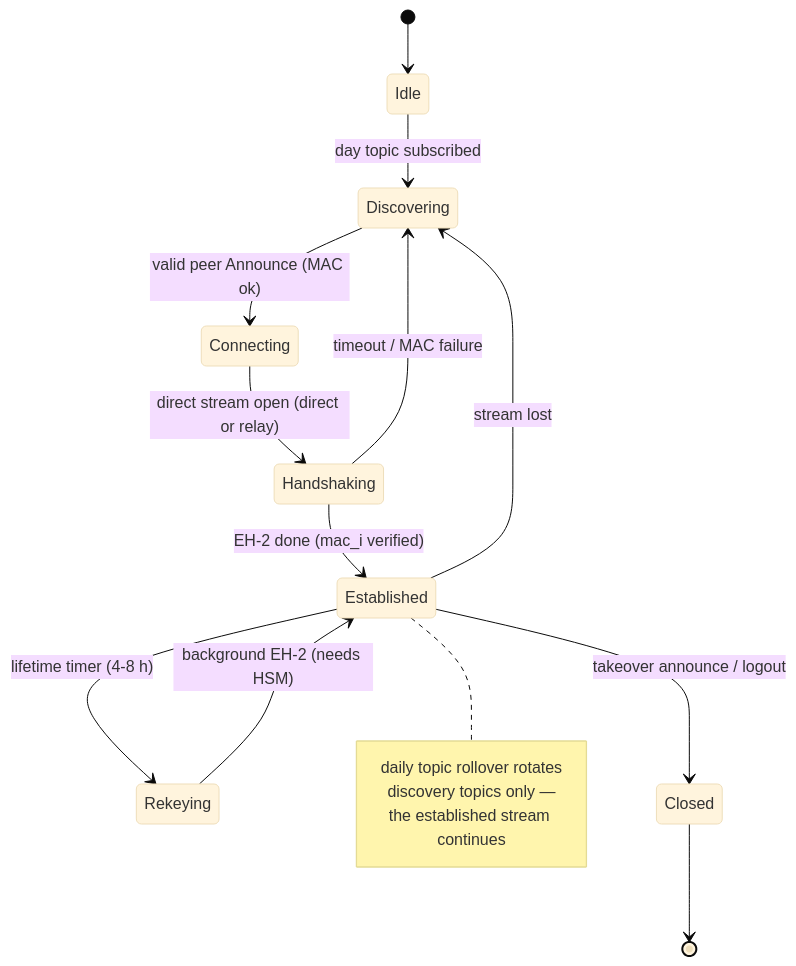
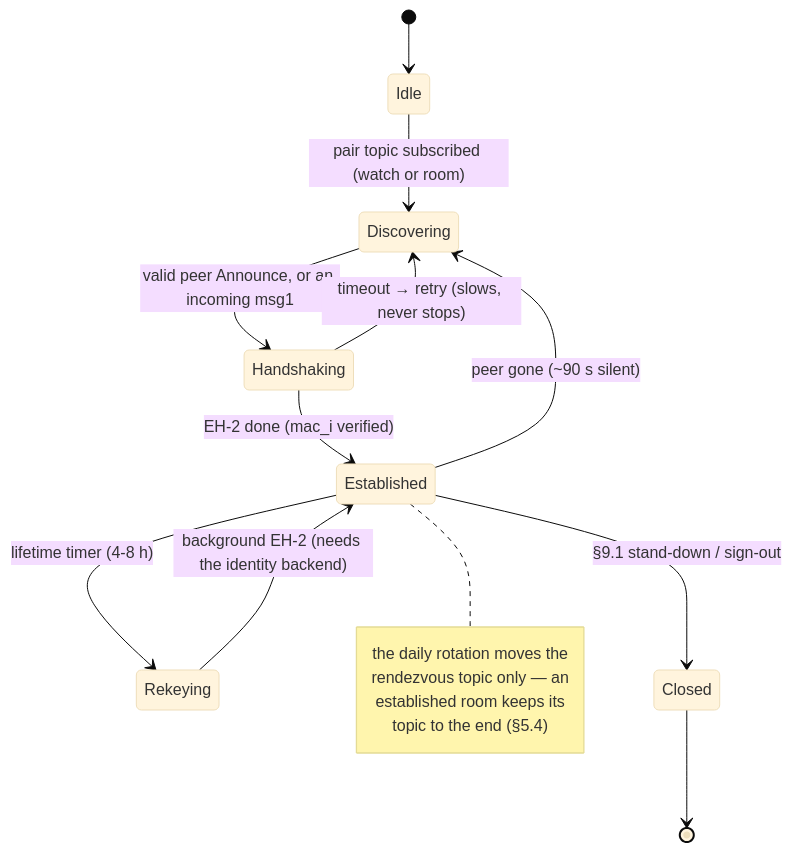
Before and after one commit to encedo/encedo-chat: the fourth of 6 diagrams in docs/PROTOCOL.md, drawn with Mermaid (base theme). The commit also changed other lines of this file and 11 other files, not shown here.

````diff
--- a/docs/PROTOCOL.md
+++ b/docs/PROTOCOL.md
@@ -1138,19 +937,19 @@
 ```mermaid
 stateDiagram-v2
     [*] --> Idle
-    Idle --> Discovering: day topic subscribed
-    Discovering --> Connecting: valid peer Announce (MAC ok)
-    Connecting --> Handshaking: direct stream open (direct or relay)
+    Idle --> Discovering: pair topic subscribed (watch or room)
+    Discovering --> Handshaking: valid peer Announce, or an incoming msg1
     Handshaking --> Established: EH-2 done (mac_i verified)
-    Handshaking --> Discovering: timeout / MAC failure
+    Handshaking --> Discovering: timeout → retry (slows, never stops)
     Established --> Rekeying: lifetime timer (4-8 h)
-    Rekeying --> Established: background EH-2 (needs HSM)
-    Established --> Discovering: stream lost
-    Established --> Closed: takeover announce / logout
+    Rekeying --> Established: background EH-2 (needs the identity backend)
+    Established --> Discovering: peer gone (~90 s silent)
+    Established --> Closed: §9.1 stand-down / sign-out
     Closed --> [*]
     note right of Established
-        daily topic rollover rotates
-        discovery topics only —
-        the established stream continues
+        the daily rotation moves the
+        rendezvous topic only — an
+        established room keeps its
+        topic to the end (§5.4)
     end note
 ```
````
